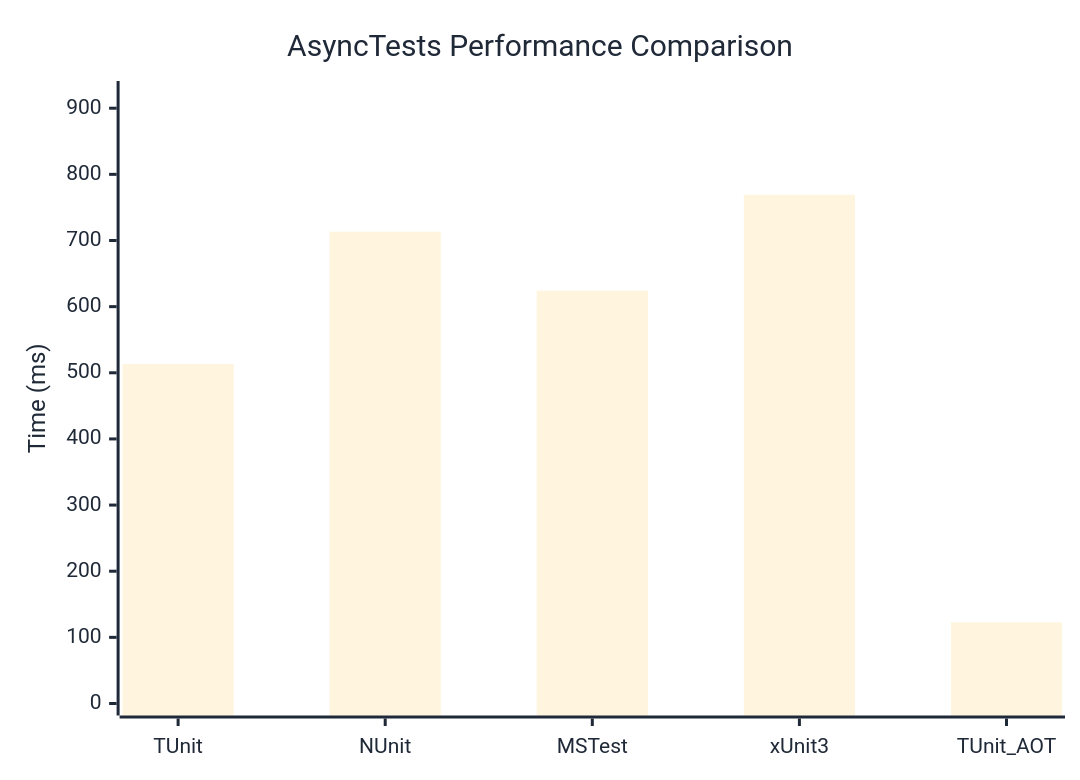
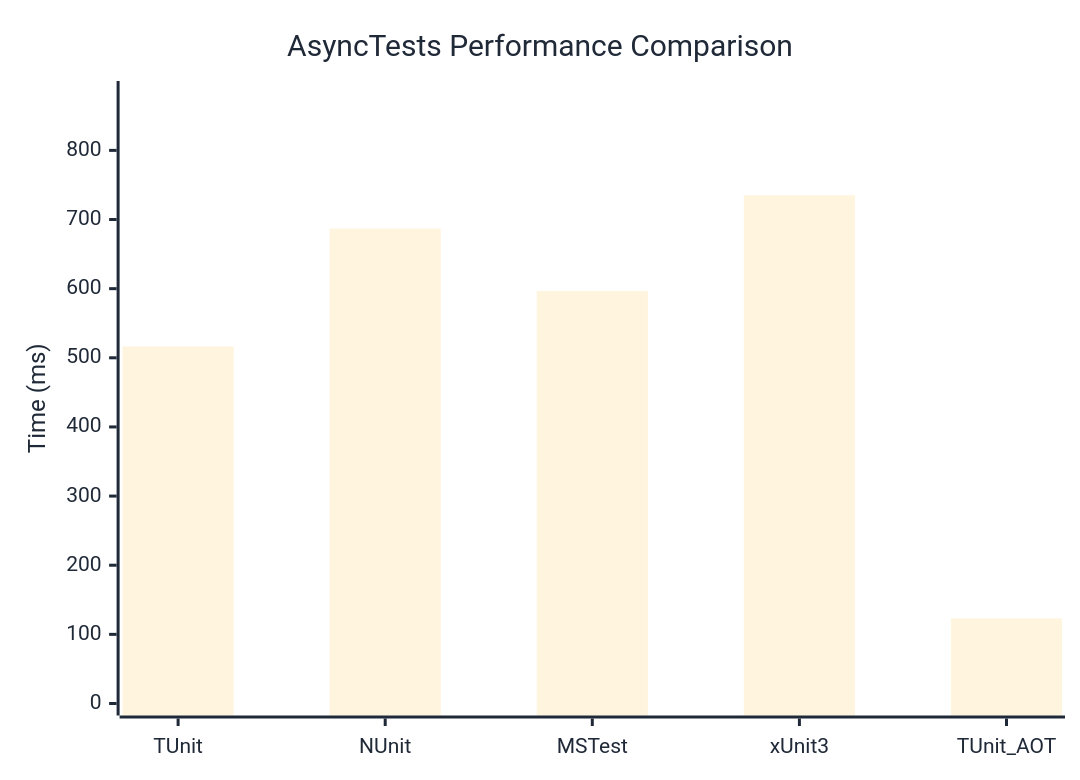
Before and after one commit to thomhurst/TUnit: the diagram in docs/docs/benchmarks/AsyncTests.md, drawn with Mermaid. The commit also changed other lines of this file and 17 other files, not shown here.

````diff
--- a/docs/docs/benchmarks/AsyncTests.md
+++ b/docs/docs/benchmarks/AsyncTests.md
@@ -27,37 +27,37 @@
 ```mermaid
 %%{init: {
   'theme':'base',
   'themeVariables': {
     'primaryColor': '#2563eb',
     'primaryTextColor': '#1f2937',
     'primaryBorderColor': '#1e40af',
     'lineColor': '#6b7280',
     'secondaryColor': '#7c3aed',
     'tertiaryColor': '#dc2626',
     'background': '#ffffff',
     'mainBkg': '#2563eb',
     'secondBkg': '#7c3aed',
     'tertiaryBkg': '#dc2626',
     'clusterBkg': '#f3f4f6',
     'edgeLabelBackground': '#ffffff',
     'tertiaryTextColor': '#1f2937',
     'pie1': '#2563eb',
     'pie2': '#7c3aed',
     'pie3': '#dc2626',
     'pie4': '#f59e0b',
     'pie5': '#10b981',
     'pie6': '#06b6d4',
     'pie7': '#ec4899',
     'pie8': '#6366f1',
     'pie9': '#84cc16',
     'pie10': '#f97316',
     'pie11': '#14b8a6',
     'pie12': '#a855f7'
   }
 }}%%
 xychart-beta
   title "AsyncTests Performance Comparison"
   x-axis ["TUnit", "NUnit", "MSTest", "xUnit3", "TUnit_AOT"]
-  y-axis "Time (ms)" 0 --> 923
-  bar [513.2, 713.3, 624.1, 769.1, 122.7]
+  y-axis "Time (ms)" 0 --> 883
+  bar [516.4, 686.9, 596.7, 735.2, 123.1]
 ```
````
